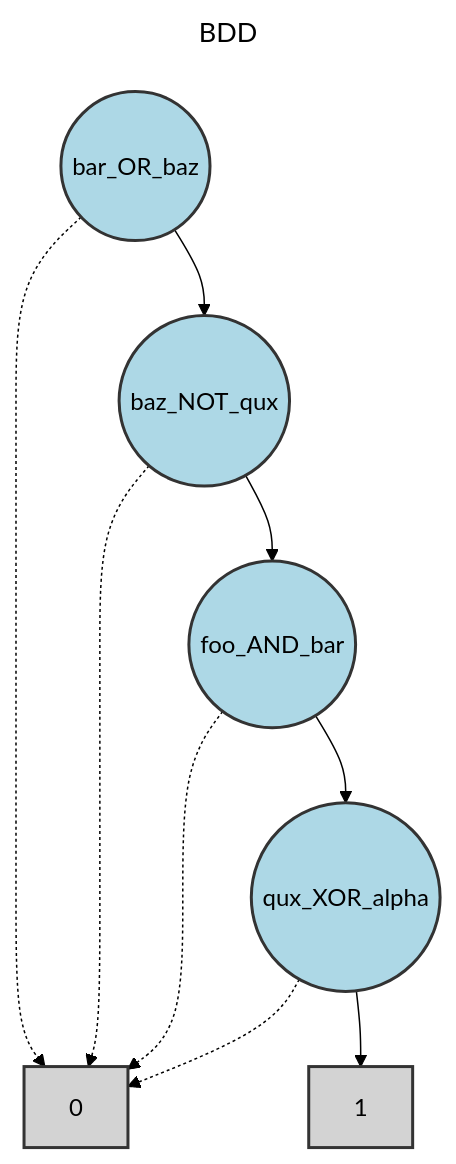
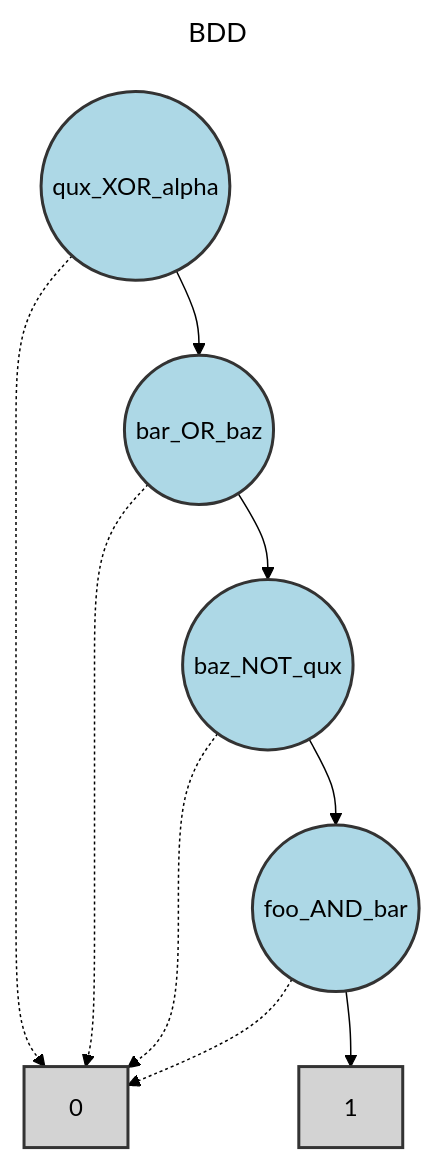
Before and after one commit to Alan-Jowett/bdd_test: the second of 2 diagrams in test_expressions/edge_cases/boundary_detection_regression_analysis.md, drawn with Mermaid (forest theme). The commit also changed other lines of this file and 104 other files, not shown here.

````diff
--- a/test_expressions/edge_cases/boundary_detection_regression_analysis.md
+++ b/test_expressions/edge_cases/boundary_detection_regression_analysis.md
@@ -52,31 +52,31 @@
 ```mermaid
 ---
 title: BDD
 ---
 flowchart TD
     N0["0"]
     N1["1"]
-    N2(("qux_XOR_alpha"))
-    N3(("foo_AND_bar"))
-    N4(("baz_NOT_qux"))
-    N5(("bar_OR_baz"))
+    N2(("foo_AND_bar"))
+    N3(("baz_NOT_qux"))
+    N4(("bar_OR_baz"))
+    N5(("qux_XOR_alpha"))
 
     N2 -.-> N0
     N2 --> N1
     N3 -.-> N0
     N3 --> N2
     N4 -.-> N0
     N4 --> N3
     N5 -.-> N0
     N5 --> N4
 
     class N0 terminal
     class N1 terminal
     class N2 bddVariable
     class N3 bddVariable
     class N4 bddVariable
     class N5 bddVariable
 
     classDef bddVariable fill:lightblue,stroke:#333,stroke-width:2px,color:#000
     classDef terminal fill:lightgray,stroke:#333,stroke-width:2px,color:#000
 ```
````
